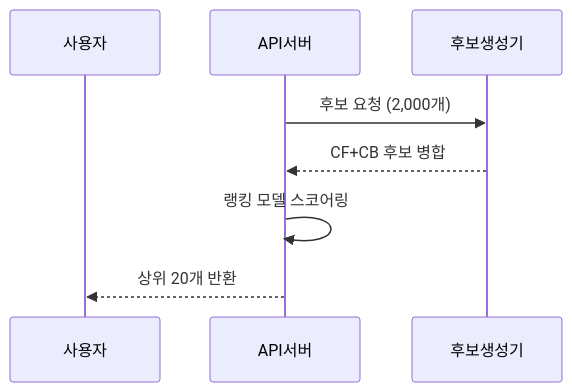
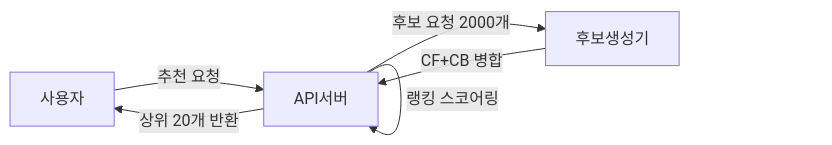
The second of 3 diagrams in _posts/systemdesign/2026-05-11-system-design-recommendation.md (yjkim2015/yjkim2015.github.io), drawn with Mermaid before and after one commit. The commit also changed other lines of this file and 84 other files, not shown here.

First line of the commit message:
85개 포스트 Mermaid 다이어그램 규칙 일괄 수정

````diff
--- a/_posts/systemdesign/2026-05-11-system-design-recommendation.md
+++ b/_posts/systemdesign/2026-05-11-system-design-recommendation.md
@@ -129,10 +129,8 @@
 ```mermaid
-sequenceDiagram
-    participant U as 사용자
-    participant A as API서버
-    participant C as 후보생성기
-    A->>C: 후보 요청 (2,000개)
-    C-->>A: CF+CB 후보 병합
-    A->>A: 랭킹 모델 스코어링
-    A-->>U: 상위 20개 반환
+graph LR
+    A[사용자] -->|추천 요청| B[API서버]
+    B -->|후보 요청 2000개| C[후보생성기]
+    C -->|CF+CB 병합| B
+    B -->|랭킹 스코어링| B
+    B -->|상위 20개 반환| A
 ```
````
